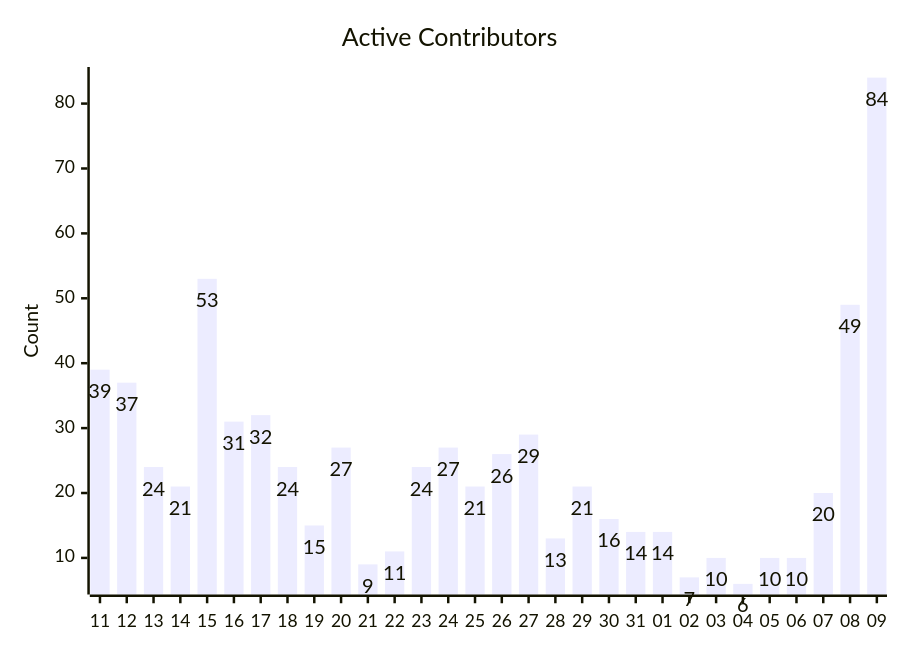
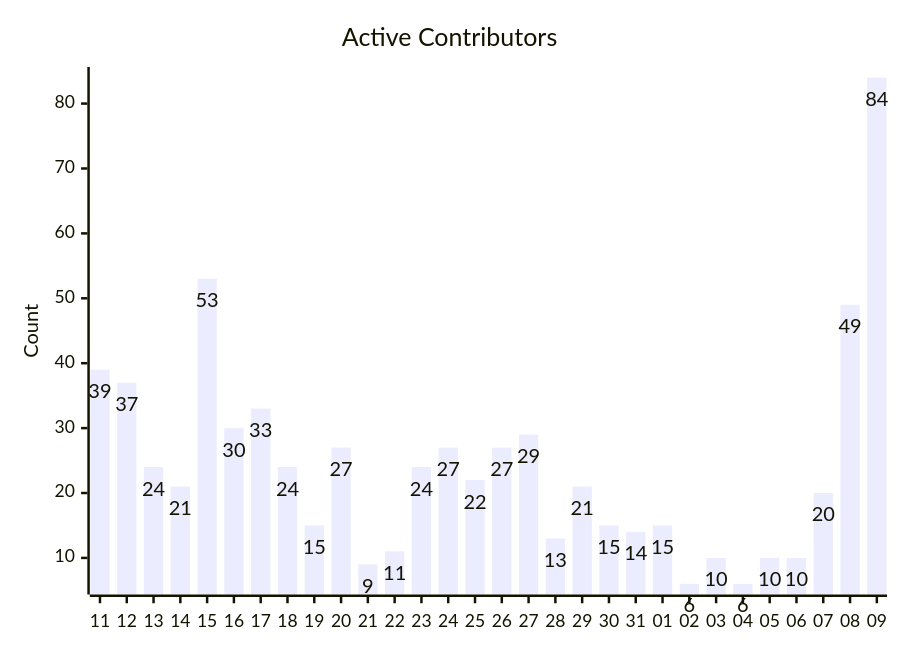
Before and after one commit to cocosheng-g/gemini-cli: the fifth of 7 diagrams in triage/CONTRIBUTION_METRICS.md, drawn with Mermaid. The commit also changed other lines of this file, not shown here.

````diff
--- a/triage/CONTRIBUTION_METRICS.md
+++ b/triage/CONTRIBUTION_METRICS.md
@@ -92,12 +92,12 @@
 ```mermaid
 ---
 config:
   xyChart:
     showDataLabel: true
 ---
 xychart-beta
     title "Active Contributors"
     x-axis ["11", "12​", "13​​", "14​​​", "15​​​​", "16​​​​​", "17​​​​​​", "18​​​​​​​", "19​​​​​​​​", "20​​​​​​​​​", "21​​​​​​​​​​", "22​​​​​​​​​​​", "23​​​​​​​​​​​​", "24​​​​​​​​​​​​​", "25​​​​​​​​​​​​​​", "26​​​​​​​​​​​​​​​", "27​​​​​​​​​​​​​​​​", "28​​​​​​​​​​​​​​​​​", "29​​​​​​​​​​​​​​​​​​", "30​​​​​​​​​​​​​​​​​​​", "31​​​​​​​​​​​​​​​​​​​​", "01​​​​​​​​​​​​​​​​​​​​​", "02​​​​​​​​​​​​​​​​​​​​​​", "03​​​​​​​​​​​​​​​​​​​​​​​", "04​​​​​​​​​​​​​​​​​​​​​​​​", "05​​​​​​​​​​​​​​​​​​​​​​​​​", "06​​​​​​​​​​​​​​​​​​​​​​​​​​", "07​​​​​​​​​​​​​​​​​​​​​​​​​​​", "08​​​​​​​​​​​​​​​​​​​​​​​​​​​​", "09​​​​​​​​​​​​​​​​​​​​​​​​​​​​​"]
     y-axis "Count"
-    bar [39, 37, 24, 21, 53, 31, 32, 24, 15, 27, 9, 11, 24, 27, 21, 26, 29, 13, 21, 16, 14, 14, 7, 10, 6, 10, 10, 20, 49, 84]
+    bar [39, 37, 24, 21, 53, 30, 33, 24, 15, 27, 9, 11, 24, 27, 22, 27, 29, 13, 21, 15, 14, 15, 6, 10, 6, 10, 10, 20, 49, 84]
 ```
````
